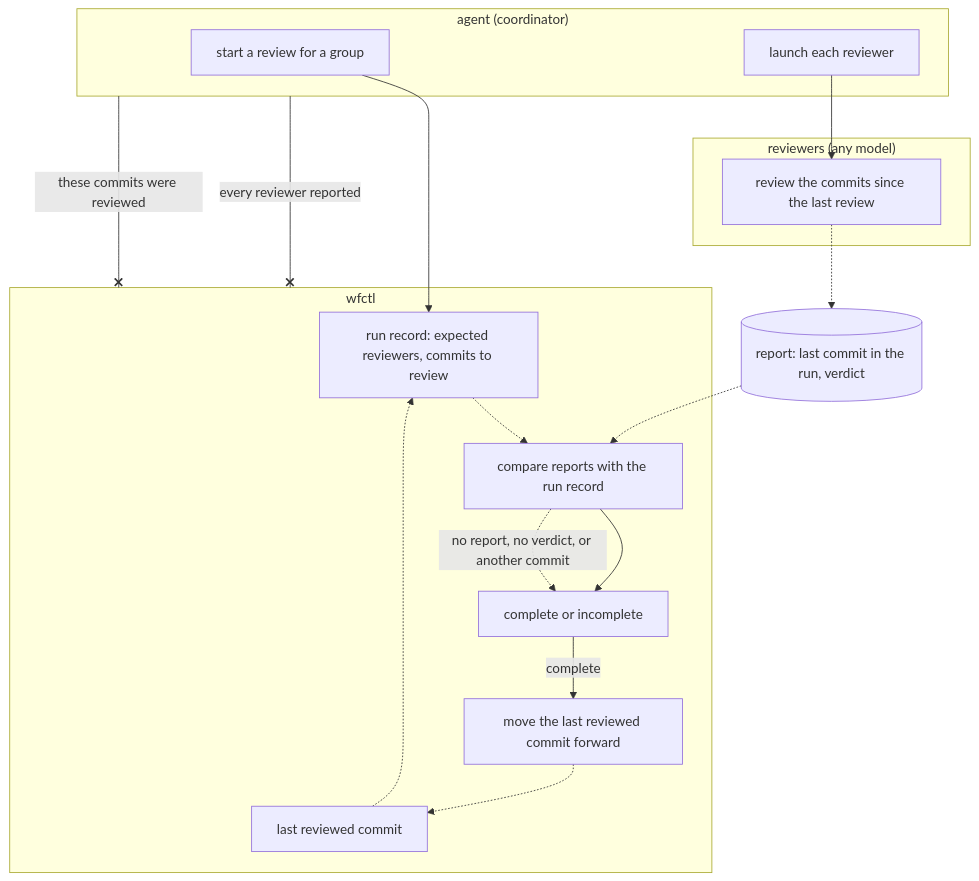
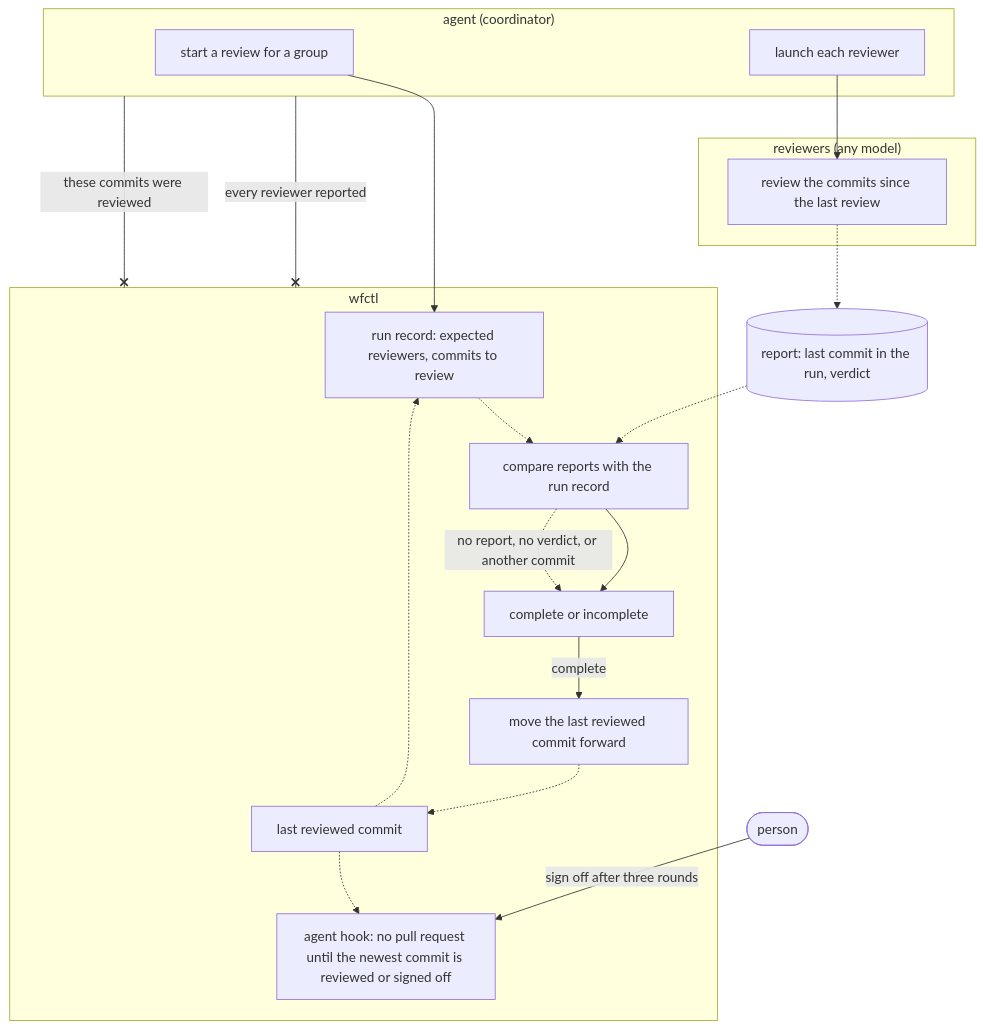
One commit to aamarin/wfctl changed the diagram in docs/architecture/review-covers-unreviewed-commits.md. Above: the diagram before and after it, drawn with Mermaid. The commit also changed other lines of this file, not shown here.

First line of the commit message:
docs(arch): accept that code reviews cover all commits since the last review

````diff
--- a/docs/architecture/review-covers-unreviewed-commits.md
+++ b/docs/architecture/review-covers-unreviewed-commits.md
@@ -78,31 +92,35 @@
 ```mermaid
 flowchart TB
   subgraph agent["agent (coordinator)"]
     start["start a review for a group"]
     launch["launch each reviewer"]
   end
   subgraph reviewers["reviewers (any model)"]
     review["review the commits since the last review"]
   end
   subgraph wfctl
     last["last reviewed commit"]
     run["run record: expected reviewers, commits to review"]
     check["compare reports with the run record"]
     result["complete or incomplete"]
     advance["move the last reviewed commit forward"]
+    hook["agent hook: no pull request until the newest commit is reviewed or signed off"]
   end
+  person(["person"])
   report[("report: last commit in the run, verdict")]
 
   start --> run
   last -.-> run
   launch --> review
   review -.-> report
   report -.-> check
   run -.-> check
   check --> result
   check -. "no report, no verdict, or another commit" .-> result
   result -- "complete" --> advance
   advance -.-> last
+  last -.-> hook
+  person -- "sign off after three rounds" --> hook
   agent -- "every reviewer reported" --x wfctl
   agent -- "these commits were reviewed" --x wfctl
 ```
````
